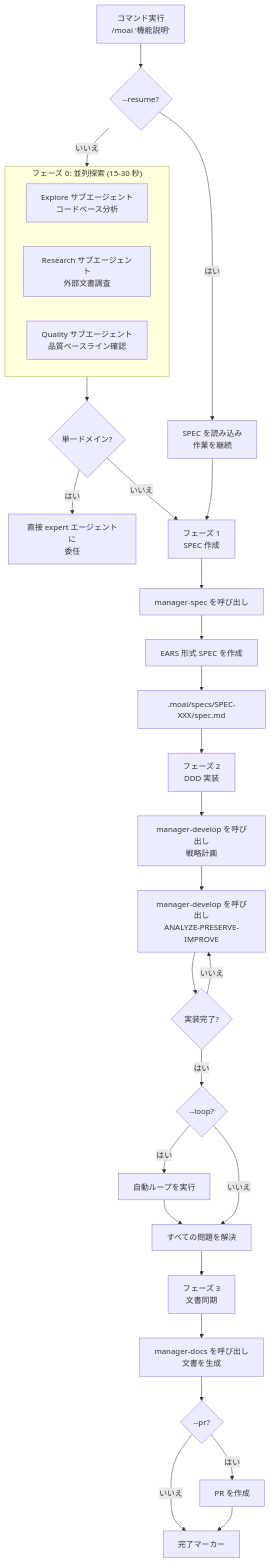
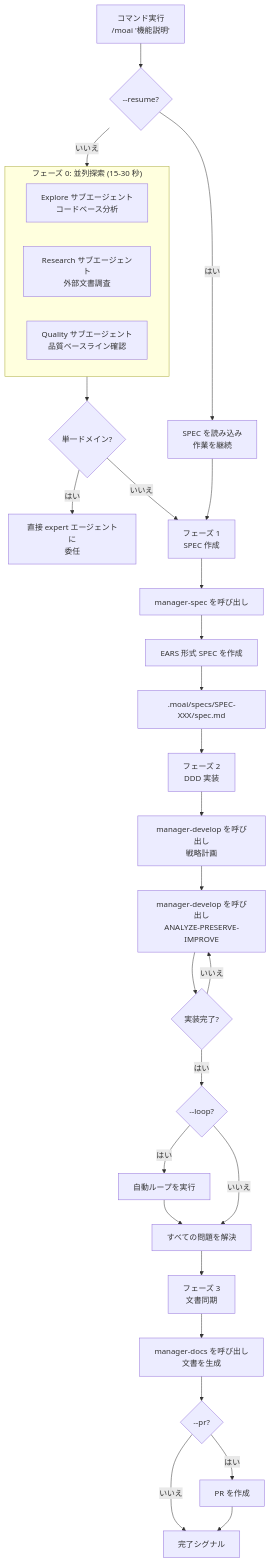
Before and after one commit to modu-ai/moai-adk: the diagram in docs-site/content/ja/utility-commands/moai.md, drawn with Mermaid. The commit also changed other lines of this file and 17 other files, not shown here.

````diff
--- a/docs-site/content/ja/utility-commands/moai.md
+++ b/docs-site/content/ja/utility-commands/moai.md
@@ -152,41 +152,41 @@
 ```mermaid
 flowchart TD
     A["コマンド実行<br/>/moai '機能説明'"] --> B{--resume?}
     B -->|はい| C["SPEC を読み込み<br/>作業を継続"]
     B -->|いいえ| D["フェーズ 0<br/>並列探索"]
 
     subgraph D["フェーズ 0: 並列探索 (15-30 秒)"]
         D1["Explore サブエージェント<br/>コードベース分析"]
         D2["Research サブエージェント<br/>外部文書調査"]
         D3["Quality サブエージェント<br/>品質ベースライン確認"]
     end
 
     D --> E{"単一ドメイン?"}
     E -->|はい| F["直接 expert エージェントに<br/>委任"]
     E -->|いいえ| G["フェーズ 1 を継続"]
 
     C --> G["フェーズ 1<br/>SPEC 作成"]
     G --> H["manager-spec を呼び出し"]
     H --> I["EARS 形式 SPEC を作成"]
     I --> J[".moai/specs/SPEC-XXX/spec.md"]
 
     J --> K["フェーズ 2<br/>DDD 実装"]
 
     K --> L["manager-develop を呼び出し<br/>戦略計画"]
     L --> M["manager-develop を呼び出し<br/>ANALYZE-PRESERVE-IMPROVE"]
     M --> N{"実装完了?"}
     N -->|いいえ| M
     N -->|はい| O{"--loop?"}
 
     O -->|はい| P["自動ループを実行"]
     P --> Q["すべての問題を解決"]
     O -->|いいえ| Q
 
     Q --> R["フェーズ 3<br/>文書同期"]
 
     R --> S["manager-docs を呼び出し<br/>文書を生成"]
     S --> T{"--pr?"}
     T -->|はい| U["PR を作成"]
-    T -->|いいえ| V["完了マーカー"]
+    T -->|いいえ| V["完了シグナル"]
     U --> V
 ```
````
